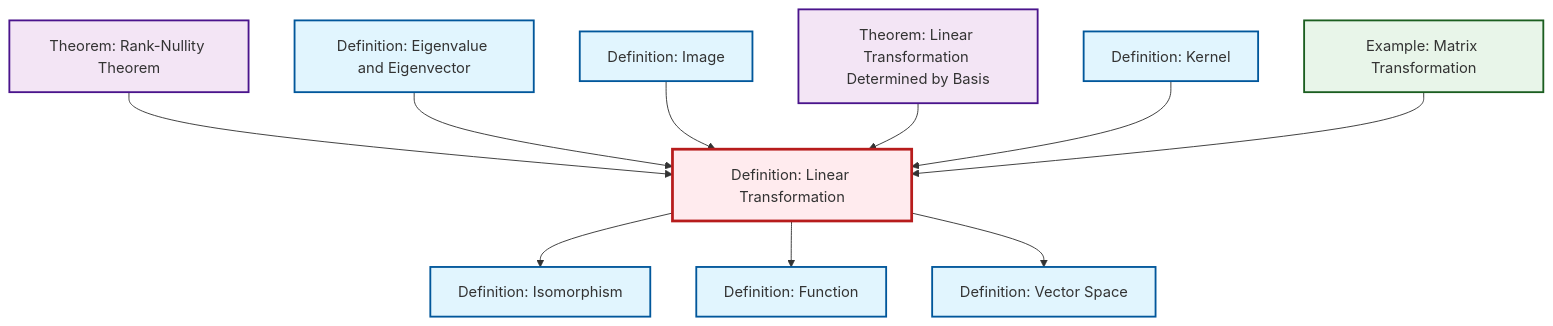
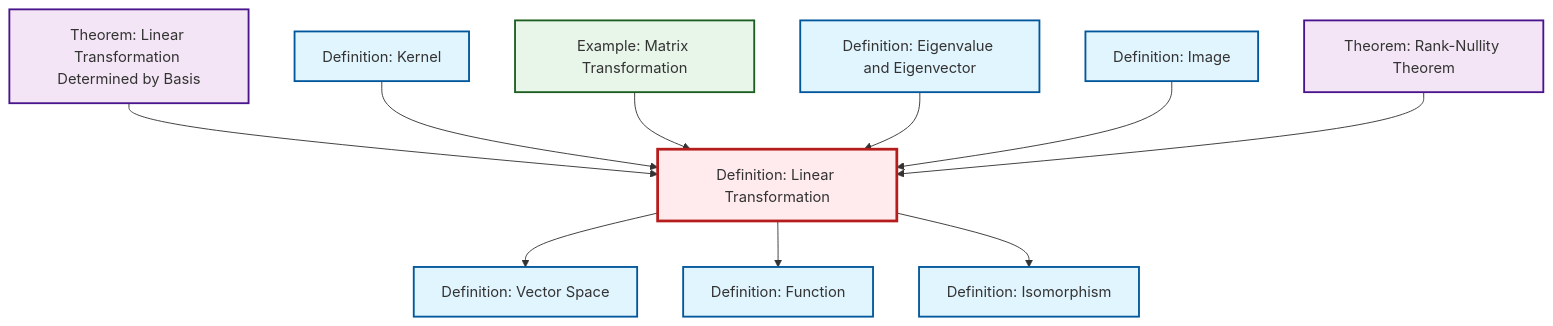
One commit to RK0429/ModernMath changed the diagram in content/en/algebra/def-linear-transformation.qmd. Above: the diagram before and after it, drawn with Mermaid. The commit also changed other lines of this file and 328 other files, not shown here.

````diff
--- a/content/en/algebra/def-linear-transformation.qmd
+++ b/content/en/algebra/def-linear-transformation.qmd
@@ -46,38 +46,38 @@
 ```{mermaid}
 %%| fig-cap: "Local dependency graph"
 graph TD
     classDef definition fill:#e1f5fe,stroke:#01579b,stroke-width:2px
     classDef theorem fill:#f3e5f5,stroke:#4a148c,stroke-width:2px
     classDef axiom fill:#fff3e0,stroke:#e65100,stroke-width:2px
     classDef example fill:#e8f5e9,stroke:#1b5e20,stroke-width:2px
     classDef current fill:#ffebee,stroke:#b71c1c,stroke-width:3px
-    thm-rank-nullity["Theorem: Rank-Nullity Theorem"]:::theorem
-    def-image["Definition: Image"]:::definition
+    def-linear-transformation["Definition: Linear Transformation"]:::definition
+    def-vector-space["Definition: Vector Space"]:::definition
+    def-kernel["Definition: Kernel"]:::definition
+    def-function["Definition: Function"]:::definition
+    def-isomorphism["Definition: Isomorphism"]:::definition
     ex-matrix-transformation["Example: Matrix Transformation"]:::example
     def-eigenvalue-eigenvector["Definition: Eigenvalue and Eigenvector"]:::definition
-    def-isomorphism["Definition: Isomorphism"]:::definition
-    def-function["Definition: Function"]:::definition
-    def-linear-transformation["Definition: Linear Transformation"]:::definition
-    def-kernel["Definition: Kernel"]:::definition
-    def-vector-space["Definition: Vector Space"]:::definition
+    thm-rank-nullity["Theorem: Rank-Nullity Theorem"]:::theorem
     thm-linear-transformation-basis["Theorem: Linear Transformation Determined by Basis"]:::theorem
+    def-image["Definition: Image"]:::definition
+    thm-linear-transformation-basis --> def-linear-transformation
+    def-kernel --> def-linear-transformation
+    def-linear-transformation --> def-vector-space
+    def-linear-transformation --> def-function
     def-linear-transformation --> def-isomorphism
-    thm-rank-nullity --> def-linear-transformation
+    ex-matrix-transformation --> def-linear-transformation
     def-eigenvalue-eigenvector --> def-linear-transformation
     def-image --> def-linear-transformation
-    thm-linear-transformation-basis --> def-linear-transformation
-    def-linear-transformation --> def-function
-    def-kernel --> def-linear-transformation
-    ex-matrix-transformation --> def-linear-transformation
-    def-linear-transformation --> def-vector-space
+    thm-rank-nullity --> def-linear-transformation
     class def-linear-transformation current
-    click thm-rank-nullity "thm-rank-nullity.html" "Go to Rank-Nullity Theorem theorem"
-    click def-image "def-image.html" "Go to Image definition"
+    click def-vector-space "def-vector-space.html" "Go to Vector Space definition"
+    click def-kernel "def-kernel.html" "Go to Kernel definition"
+    click def-function "def-function.html" "Go to Function definition"
+    click def-isomorphism "def-isomorphism.html" "Go to Isomorphism definition"
     click ex-matrix-transformation "ex-matrix-transformation.html" "Go to Matrix Transformation example"
     click def-eigenvalue-eigenvector "def-eigenvalue-eigenvector.html" "Go to Eigenvalue and Eigenvector definition"
-    click def-isomorphism "def-isomorphism.html" "Go to Isomorphism definition"
-    click def-function "def-function.html" "Go to Function definition"
-    click def-kernel "def-kernel.html" "Go to Kernel definition"
-    click def-vector-space "def-vector-space.html" "Go to Vector Space definition"
+    click thm-rank-nullity "thm-rank-nullity.html" "Go to Rank-Nullity Theorem theorem"
     click thm-linear-transformation-basis "thm-linear-transformation-basis.html" "Go to Linear Transformation Determined by Basis theorem"
+    click def-image "def-image.html" "Go to Image definition"
 ```
````
